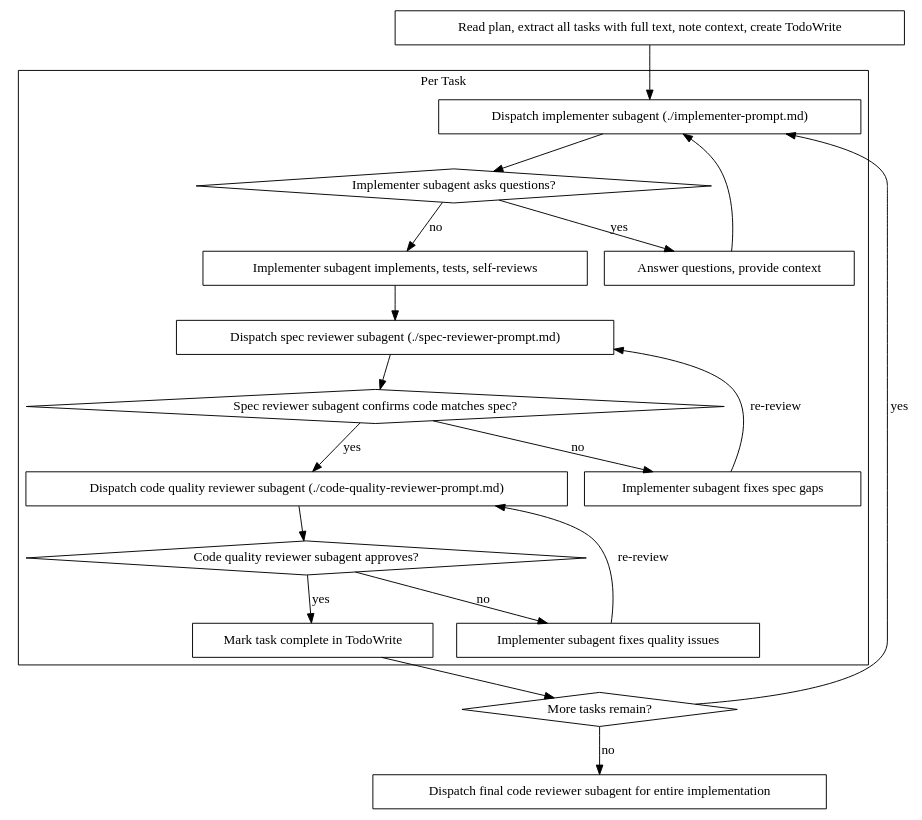
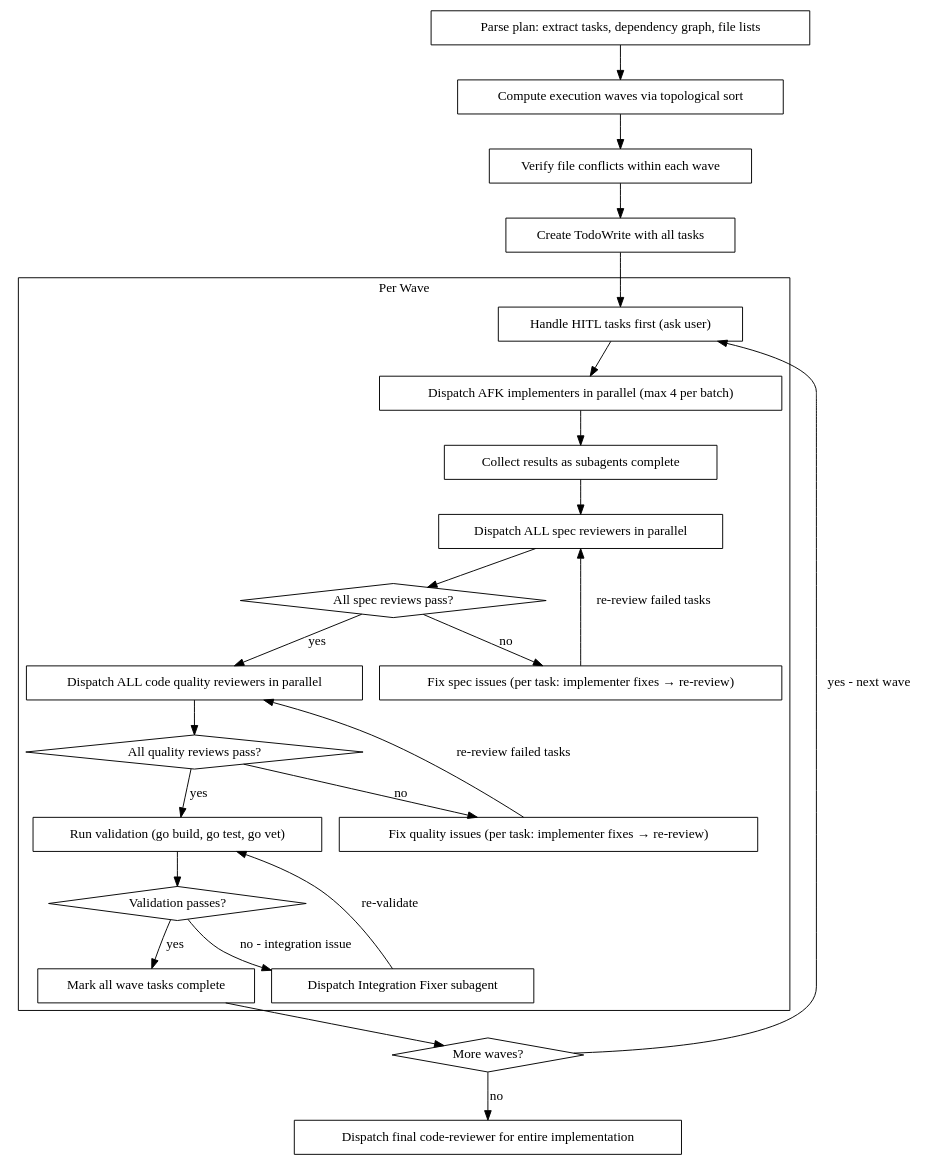
One commit to zhu327/go-clean-arch changed the second of 2 diagrams in .cursor/skills/subagent-driven-development/SKILL.md. Above: the diagram before and after it, drawn with Graphviz. The commit also changed other lines of this file and 30 other files, not shown here.

````diff
--- a/.cursor/skills/subagent-driven-development/SKILL.md
+++ b/.cursor/skills/subagent-driven-development/SKILL.md
@@ -46,42 +47,56 @@
 ```dot
 digraph process {
     rankdir=TB;
 
-    subgraph cluster_per_task {
-        label="Per Task";
-        "Dispatch implementer subagent (./implementer-prompt.md)" [shape=box];
-        "Implementer subagent asks questions?" [shape=diamond];
-        "Answer questions, provide context" [shape=box];
-        "Implementer subagent implements, tests, self-reviews" [shape=box];
-        "Dispatch spec reviewer subagent (./spec-reviewer-prompt.md)" [shape=box];
-        "Spec reviewer subagent confirms code matches spec?" [shape=diamond];
-        "Implementer subagent fixes spec gaps" [shape=box];
-        "Dispatch code quality reviewer subagent (./code-quality-reviewer-prompt.md)" [shape=box];
-        "Code quality reviewer subagent approves?" [shape=diamond];
-        "Implementer subagent fixes quality issues" [shape=box];
-        "Mark task complete in TodoWrite" [shape=box];
+    "Parse plan: extract tasks, dependency graph, file lists" [shape=box];
+    "Compute execution waves via topological sort" [shape=box];
+    "Verify file conflicts within each wave" [shape=box];
+    "Create TodoWrite with all tasks" [shape=box];
+
+    subgraph cluster_wave {
+        label="Per Wave";
+
+        "Handle HITL tasks first (ask user)" [shape=box];
+        "Dispatch AFK implementers in parallel (max 4 per batch)" [shape=box];
+        "Collect results as subagents complete" [shape=box];
+        "Dispatch ALL spec reviewers in parallel" [shape=box];
+        "All spec reviews pass?" [shape=diamond];
+        "Fix spec issues (per task: implementer fixes → re-review)" [shape=box];
+        "Dispatch ALL code quality reviewers in parallel" [shape=box];
+        "All quality reviews pass?" [shape=diamond];
+        "Fix quality issues (per task: implementer fixes → re-review)" [shape=box];
+        "Run validation (go build, go test, go vet)" [shape=box];
+        "Validation passes?" [shape=diamond];
+        "Dispatch Integration Fixer subagent" [shape=box];
+        "Mark all wave tasks complete" [shape=box];
     }
 
-    "Read plan, extract all tasks with full text, note context, create TodoWrite" [shape=box];
-    "More tasks remain?" [shape=diamond];
-    "Dispatch final code reviewer subagent for entire implementation" [shape=box];
+    "More waves?" [shape=diamond];
+    "Dispatch final code-reviewer for entire implementation" [shape=box];
 
-    "Read plan, extract all tasks with full text, note context, create TodoWrite" -> "Dispatch implementer subagent (./implementer-prompt.md)";
-    "Dispatch implementer subagent (./implementer-prompt.md)" -> "Implementer subagent asks questions?";
-    "Implementer subagent asks questions?" -> "Answer questions, provide context" [label="yes"];
-    "Answer questions, provide context" -> "Dispatch implementer subagent (./implementer-prompt.md)";
-    "Implementer subagent asks questions?" -> "Implementer subagent implements, tests, self-reviews" [label="no"];
-    "Implementer subagent implements, tests, self-reviews" -> "Dispatch spec reviewer subagent (./spec-reviewer-prompt.md)";
-    "Dispatch spec reviewer subagent (./spec-reviewer-prompt.md)" -> "Spec reviewer subagent confirms code matches spec?";
-    "Spec reviewer subagent confirms code matches spec?" -> "Implementer subagent fixes spec gaps" [label="no"];
-    "Implementer subagent fixes spec gaps" -> "Dispatch spec reviewer subagent (./spec-reviewer-prompt.md)" [label="re-review"];
-    "Spec reviewer subagent confirms code matches spec?" -> "Dispatch code quality reviewer subagent (./code-quality-reviewer-prompt.md)" [label="yes"];
-    "Dispatch code quality reviewer subagent (./code-quality-reviewer-prompt.md)" -> "Code quality reviewer subagent approves?";
-    "Code quality reviewer subagent approves?" -> "Implementer subagent fixes quality issues" [label="no"];
-    "Implementer subagent fixes quality issues" -> "Dispatch code quality reviewer subagent (./code-quality-reviewer-prompt.md)" [label="re-review"];
-    "Code quality reviewer subagent approves?" -> "Mark task complete in TodoWrite" [label="yes"];
-    "Mark task complete in TodoWrite" -> "More tasks remain?";
-    "More tasks remain?" -> "Dispatch implementer subagent (./implementer-prompt.md)" [label="yes"];
-    "More tasks remain?" -> "Dispatch final code reviewer subagent for entire implementation" [label="no"];
+    "Parse plan: extract tasks, dependency graph, file lists" -> "Compute execution waves via topological sort";
+    "Compute execution waves via topological sort" -> "Verify file conflicts within each wave";
+    "Verify file conflicts within each wave" -> "Create TodoWrite with all tasks";
+    "Create TodoWrite with all tasks" -> "Handle HITL tasks first (ask user)";
+
+    "Handle HITL tasks first (ask user)" -> "Dispatch AFK implementers in parallel (max 4 per batch)";
+    "Dispatch AFK implementers in parallel (max 4 per batch)" -> "Collect results as subagents complete";
+    "Collect results as subagents complete" -> "Dispatch ALL spec reviewers in parallel";
+    "Dispatch ALL spec reviewers in parallel" -> "All spec reviews pass?";
+    "All spec reviews pass?" -> "Fix spec issues (per task: implementer fixes → re-review)" [label="no"];
+    "Fix spec issues (per task: implementer fixes → re-review)" -> "Dispatch ALL spec reviewers in parallel" [label="re-review failed tasks"];
+    "All spec reviews pass?" -> "Dispatch ALL code quality reviewers in parallel" [label="yes"];
+    "Dispatch ALL code quality reviewers in parallel" -> "All quality reviews pass?";
+    "All quality reviews pass?" -> "Fix quality issues (per task: implementer fixes → re-review)" [label="no"];
+    "Fix quality issues (per task: implementer fixes → re-review)" -> "Dispatch ALL code quality reviewers in parallel" [label="re-review failed tasks"];
+    "All quality reviews pass?" -> "Run validation (go build, go test, go vet)" [label="yes"];
+    "Run validation (go build, go test, go vet)" -> "Validation passes?";
+    "Validation passes?" -> "Mark all wave tasks complete" [label="yes"];
+    "Validation passes?" -> "Dispatch Integration Fixer subagent" [label="no - integration issue"];
+    "Dispatch Integration Fixer subagent" -> "Run validation (go build, go test, go vet)" [label="re-validate"];
+
+    "Mark all wave tasks complete" -> "More waves?";
+    "More waves?" -> "Handle HITL tasks first (ask user)" [label="yes - next wave"];
+    "More waves?" -> "Dispatch final code-reviewer for entire implementation" [label="no"];
 }
 ```
````
